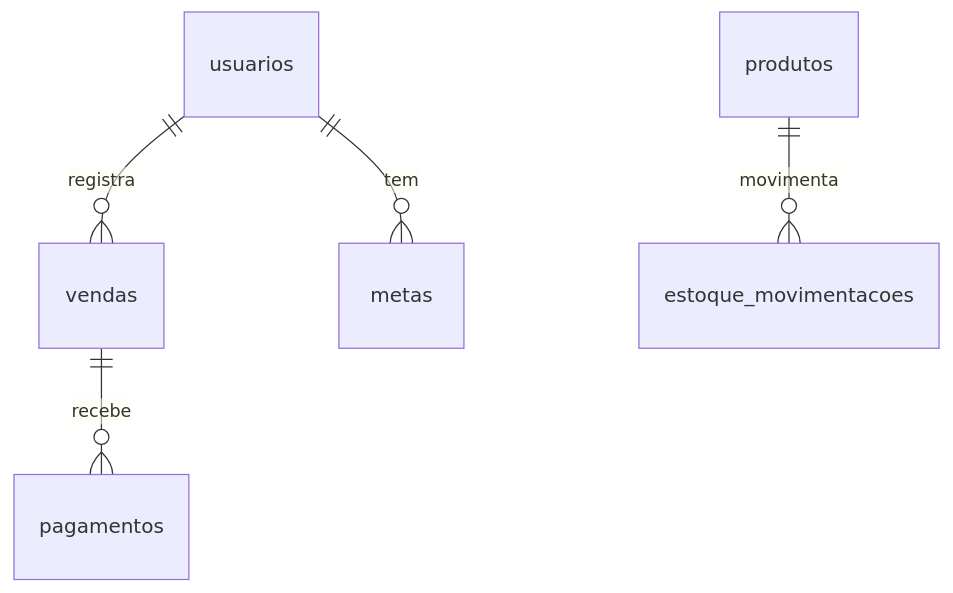
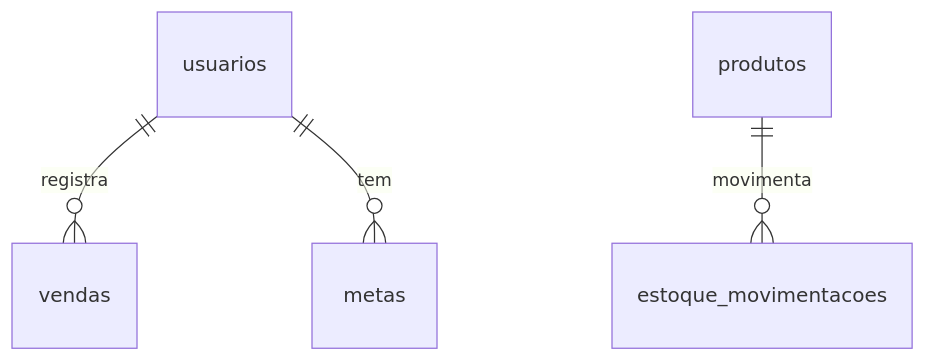
One commit to RICKK777/Sistema_MGK changed the second of 2 diagrams in docs/BANCO-DE-DADOS.md. Above: the diagram before and after it, drawn with Mermaid. The commit also changed other lines of this file and 9 other files, not shown here.

First line of the commit message:
feat: cadastro de produtos e pagamentos em partes nas vendas

````diff
--- a/docs/BANCO-DE-DADOS.md
+++ b/docs/BANCO-DE-DADOS.md
@@ -510,7 +603,6 @@
 ```mermaid
 erDiagram
     usuarios ||--o{ vendas : "registra"
     usuarios ||--o{ metas : "tem"
-    vendas   ||--o{ pagamentos : "recebe"
     produtos ||--o{ estoque_movimentacoes : "movimenta"
 ```
````
